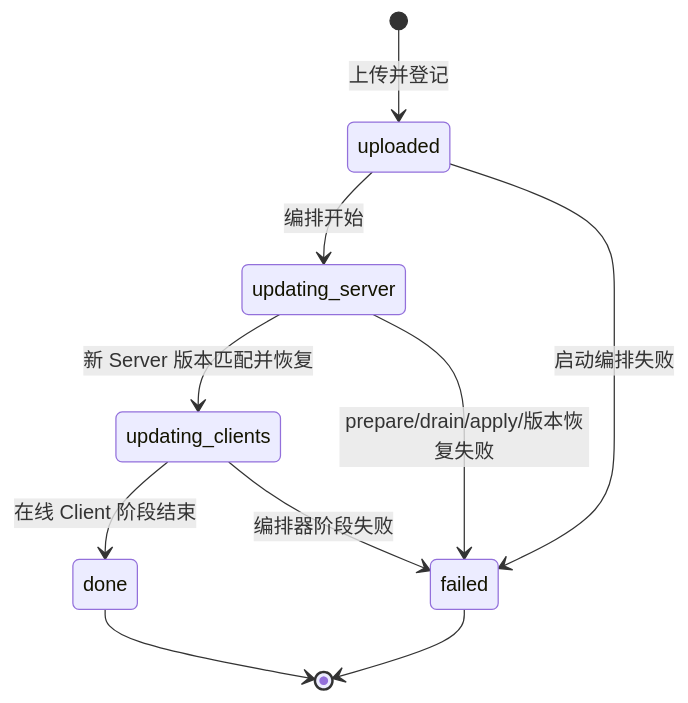
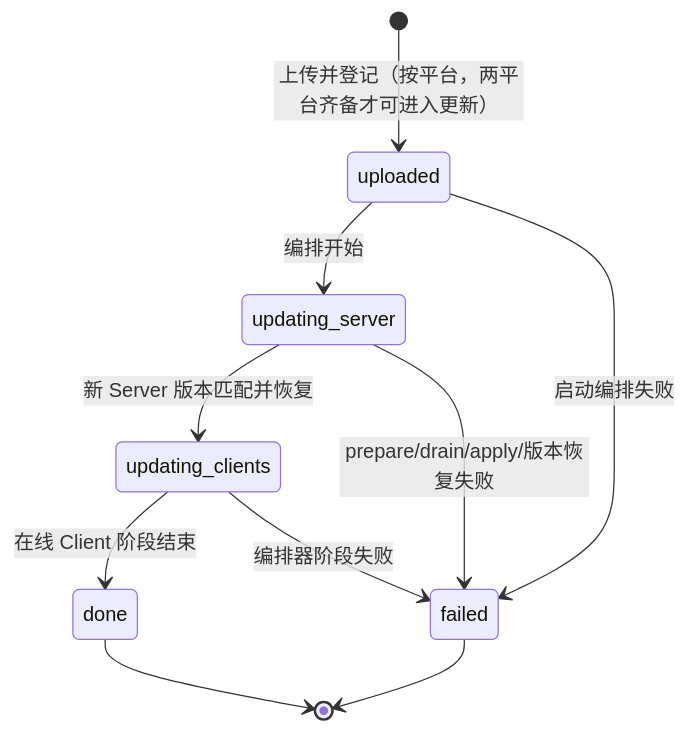
One commit to xuzhen97/VCPDeck changed the first of 3 diagrams in docs/design/release-and-update.md. Above: the diagram before and after it, drawn with Mermaid. The commit also changed other lines of this file and 11 other files, not shown here.

````diff
--- a/docs/design/release-and-update.md
+++ b/docs/design/release-and-update.md
@@ -119,12 +128,12 @@
 ```mermaid
 stateDiagram-v2
-    [*] --> uploaded: 上传并登记
+    [*] --> uploaded: 上传并登记（按平台，两平台齐备才可进入更新）
     uploaded --> updating_server: 编排开始
     updating_server --> updating_clients: 新 Server 版本匹配并恢复
     updating_clients --> done: 在线 Client 阶段结束
     uploaded --> failed: 启动编排失败
     updating_server --> failed: prepare/drain/apply/版本恢复失败
     updating_clients --> failed: 编排器阶段失败
     done --> [*]
     failed --> [*]
 ```
````
